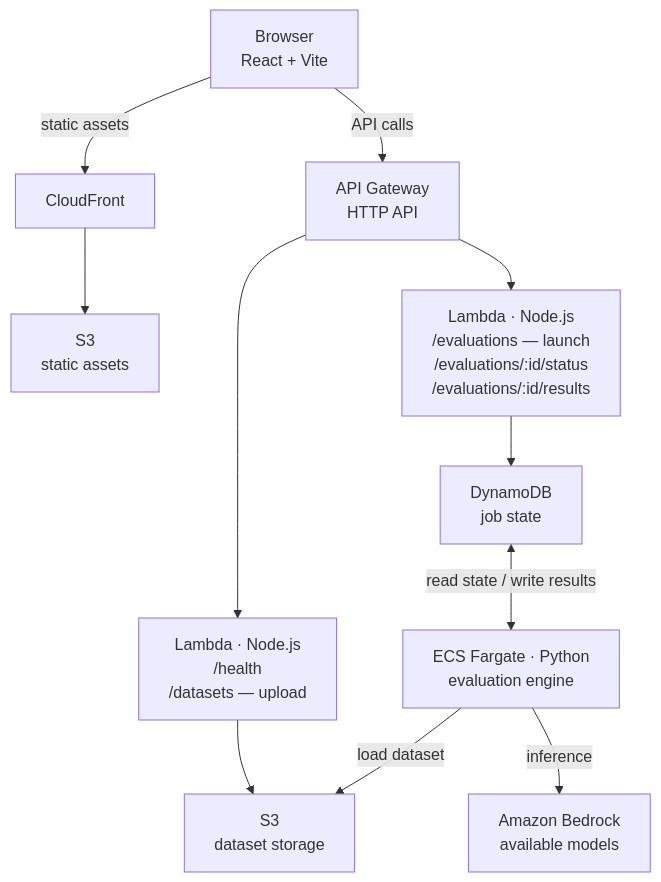
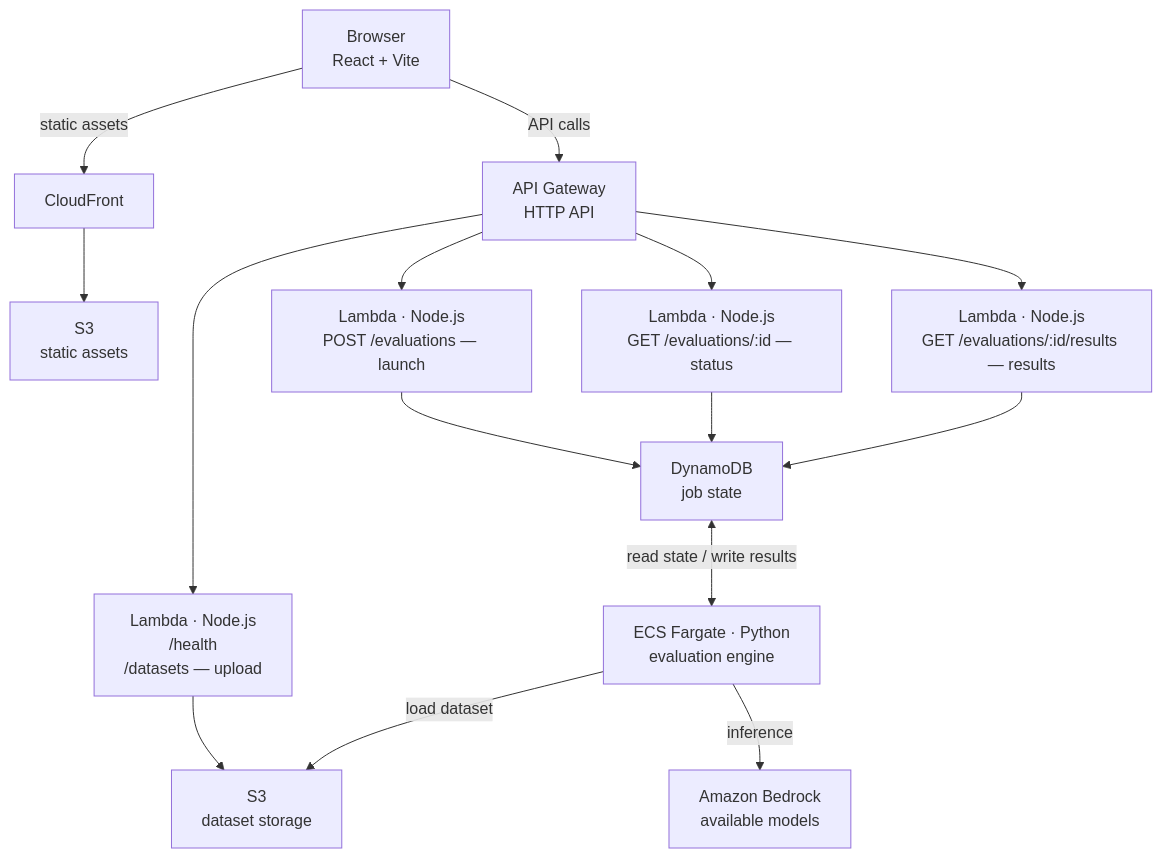
The diagram in README.md (trackit/genai-inference-model-evaluation-tool), drawn with Mermaid before and after one commit.

Commit message:
apply change in mermaid graph

````diff
--- a/README.md
+++ b/README.md
@@ -23,21 +23,25 @@
 ```mermaid
 flowchart TD
     Browser["Browser<br/>React + Vite"]
 
     Browser -->|static assets| CF["CloudFront"]
     CF --> S3_static["S3<br/>static assets"]
 
     Browser -->|API calls| APIGW["API Gateway<br/>HTTP API"]
 
     APIGW --> LambdaA["Lambda · Node.js<br/>/health<br/>/datasets — upload"]
-    APIGW --> LambdaB["Lambda · Node.js<br/>/evaluations — launch<br/>/evaluations/:id/status<br/>/evaluations/:id/results"]
+    APIGW --> LambdaB["Lambda · Node.js<br/>POST /evaluations — launch"]
+    APIGW --> LambdaC["Lambda · Node.js<br/>GET /evaluations/:id — status"]
+    APIGW --> LambdaD["Lambda · Node.js<br/>GET /evaluations/:id/results — results"]
 
     LambdaA --> S3_data["S3<br/>dataset storage"]
 
     LambdaB --> DDB["DynamoDB<br/>job state"]
+    LambdaC --> DDB
+    LambdaD --> DDB
 
     DDB <-->|read state / write results| Fargate["ECS Fargate · Python<br/>evaluation engine"]
 
     Fargate -->|load dataset| S3_data
     Fargate -->|inference| Bedrock["Amazon Bedrock<br/>available models"]
 ```
````
